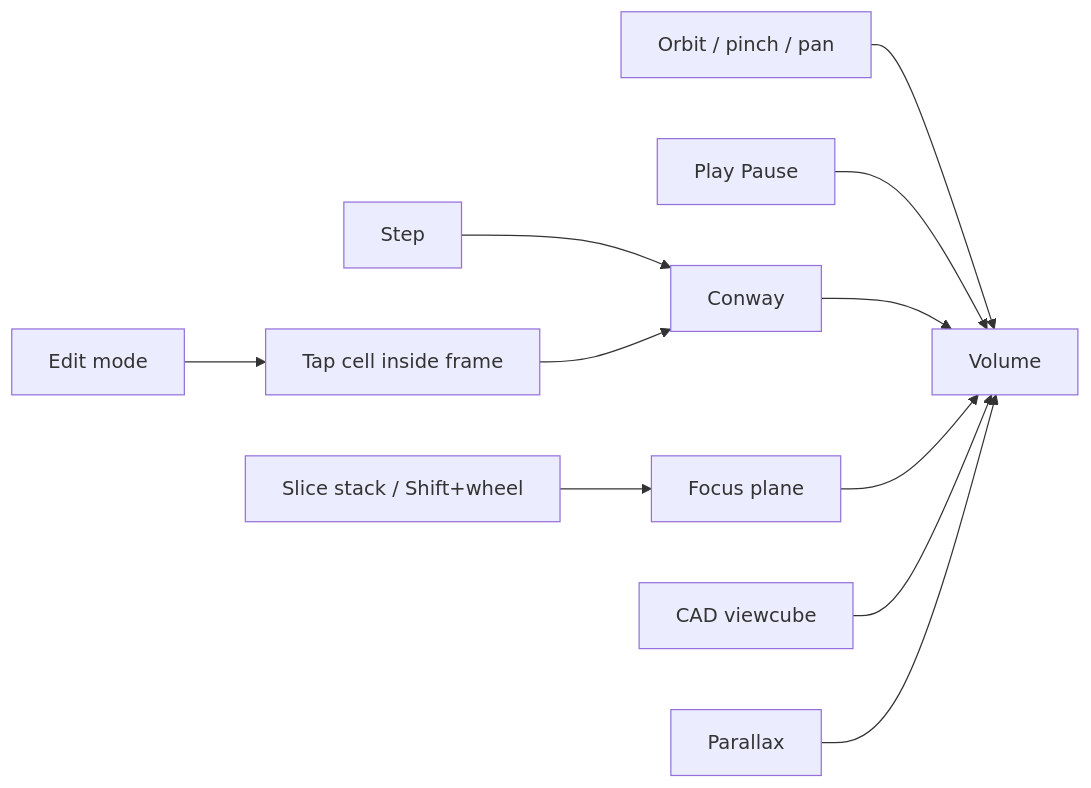
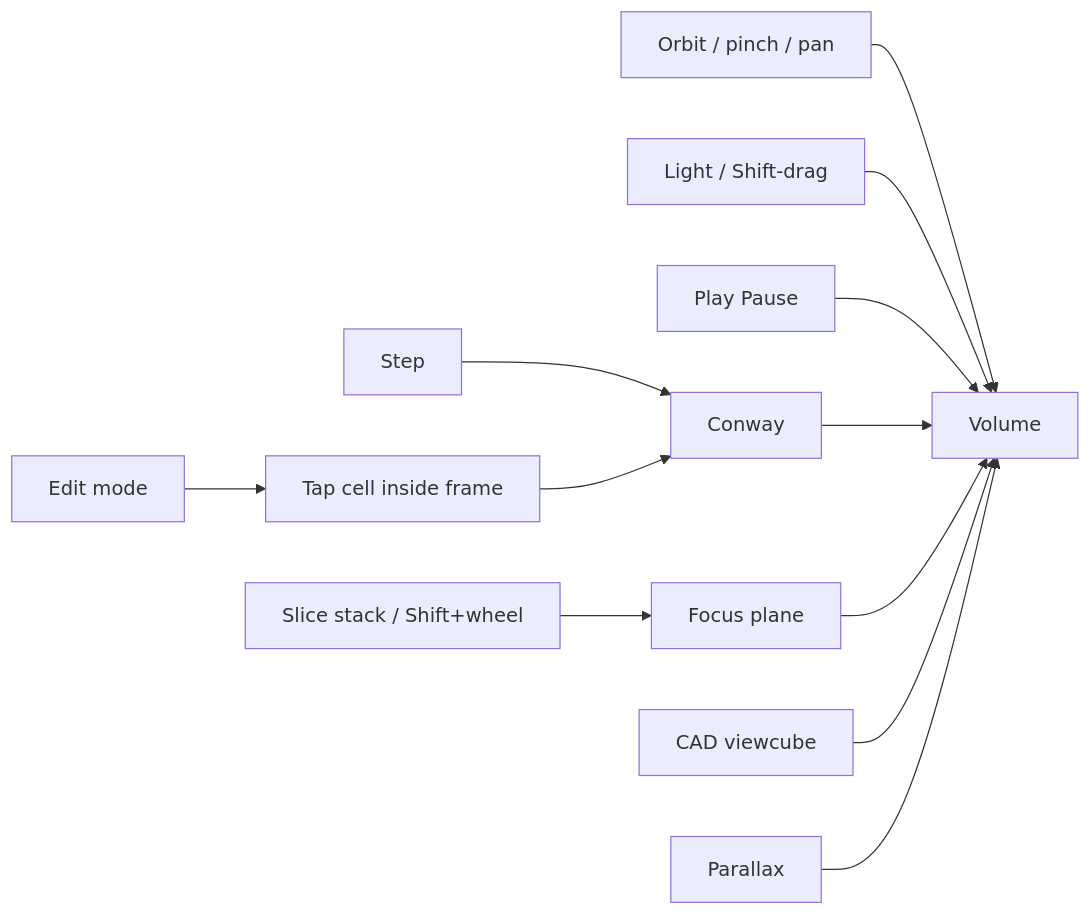
Before and after one commit to PiMaV/DONNER: the first of 7 diagrams in docs/gui.md, drawn with Mermaid. The commit also changed other lines of this file and 15 other files, not shown here.

````diff
--- a/docs/gui.md
+++ b/docs/gui.md
@@ -8,13 +8,14 @@
 ```mermaid
 flowchart LR
   orbit[Orbit / pinch / pan] --> scene[Volume]
+  light[Light / Shift-drag] --> scene
   play[Play Pause] --> scene
   step[Step] --> sim[Conway]
   sim --> scene
   scrub[Slice stack / Shift+wheel] --> plane[Focus plane]
   plane --> scene
   edit[Edit mode] --> paint[Tap cell inside frame]
   paint --> sim
   gizmo[CAD viewcube] --> scene
   para[Parallax] --> scene
 ```
````
